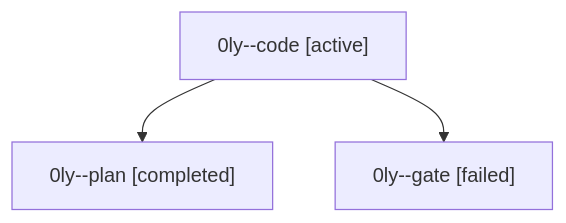
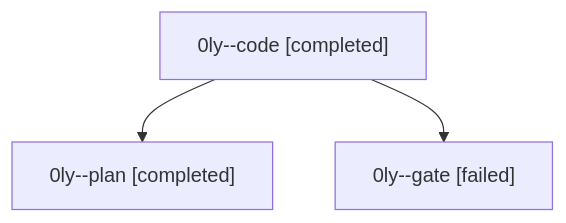
One commit to bobs-org/bob-cli--agents changed the diagram in sessions/bbugyi200.athena.0ly.md. Above: the diagram before and after it, drawn with Mermaid. The commit also changed other lines of this file and 11 other files, not shown here.

````diff
--- a/sessions/bbugyi200.athena.0ly.md
+++ b/sessions/bbugyi200.athena.0ly.md
@@ -9,8 +9,8 @@
 ```mermaid
 flowchart TD
-  n0["0ly--code [active]"]
+  n0["0ly--code [completed]"]
   n1["0ly--plan [completed]"]
   n0 --> n1
   n2["0ly--gate [failed]"]
   n0 --> n2
 ```
````
